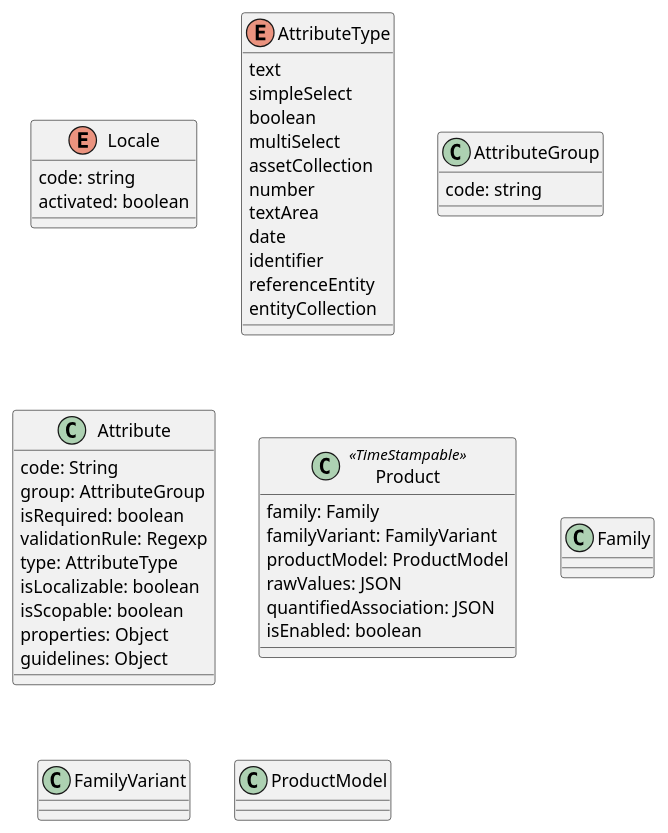
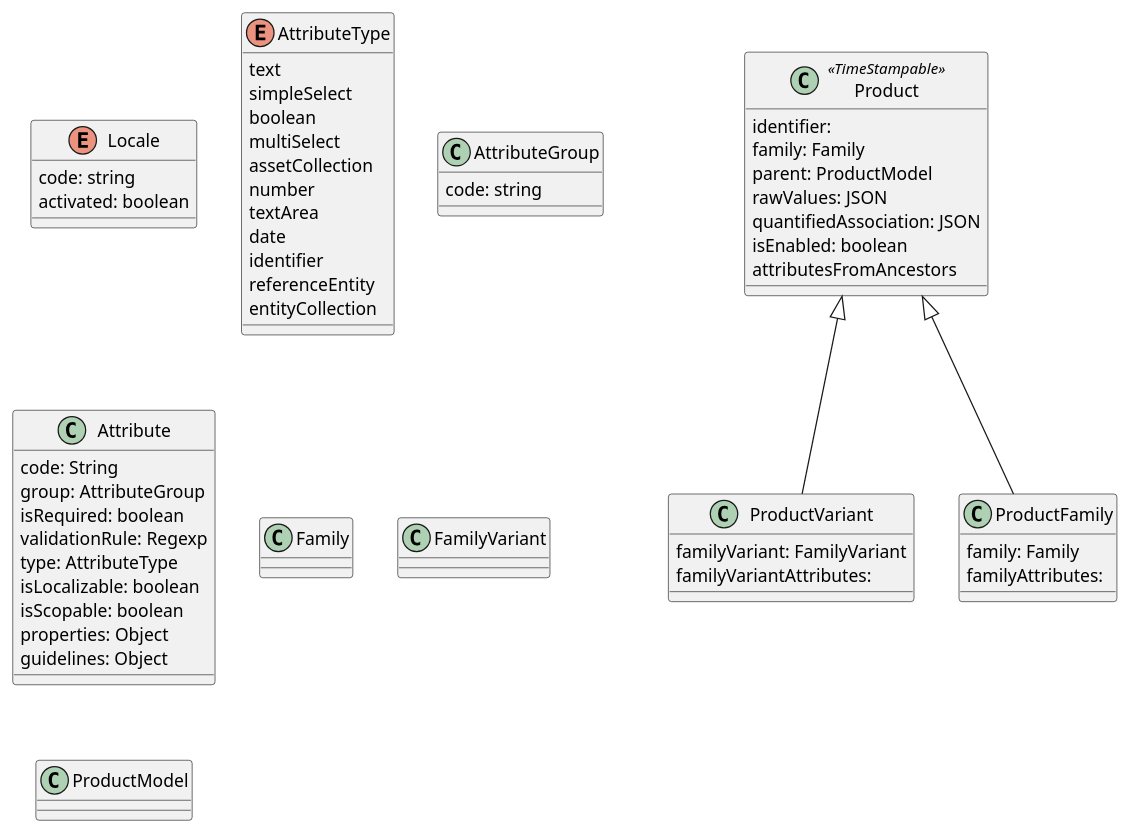
Before and after one commit to akeneo/pim-docs: the diagram in architecture/pim.puml, drawn with PlantUML.

Commit message:
represent product attributes

```diff
--- a/architecture/pim.puml
+++ b/architecture/pim.puml
@@ -1,79 +1,99 @@
 @startuml PIM core domain model
 '
 ' Stereotype: TimeStampable: created,  updated
 '
 
 enum Locale {
     code: string
     activated: boolean
 }
 enum AttributeType {
     text
     simpleSelect
     boolean
     multiSelect
     assetCollection
     number
     textArea
     date
     identifier
     referenceEntity
     entityCollection
 }
 
 'exemple digital_assets_images, product_size_dimensions, product_physical_characteristics
 class AttributeGroup {
     code: string
 }
 
 'Q: metric Family is used?
 'Q:  isScopable: type value per channel?
 'Q: what is backend Type, what is the use of entity_type ("Akeneo\Pim\Enrichment\Component\Product\Model\Product")
 'display attributes, specific values formats and value constraints not shown
 'Properties: a:4:{s:19:"reference_data_name";N;s:19:"auto_option_sorting";N;s:12:"is_read_only";N;s:13:"default_value";N;}
 'Guidelines:
 'sold_in_orgs: {"en_AU": "List of the Orgs this product can be sold in.\nIf the org is not added to this list, the product can not be sold to customers in that Org."}
 'part_number_list_competitor: {"en_AU": "Add competitor part numbers to this list, separate each with a comma."}
 
 Class Attribute {
     code: String
     group: AttributeGroup
     isRequired: boolean
     validationRule: Regexp
     type: AttributeType
     isLocalizable: boolean
     isScopable: boolean
     properties: Object
     guidelines: Object
 }
 
 'TODO "develop"  rawvalues that contains a product... 
 'QUESTION How can we infer rawValues structure? => inspect real life DB?
 'TODO "develop"  quantifiedAssociation that contains a product... 
 'QUESTION How can we infer quantifiedAssociation structure? => inspect real life DB?
+' 
 Class Product << TimeStampable >> {
+    identifier: 
     family: Family
-    familyVariant: FamilyVariant
-    productModel: ProductModel
+    parent: ProductModel
     rawValues: JSON
+    ' attribute codes are determined recusively on parent (product model)
     quantifiedAssociation: JSON
     isEnabled: boolean
+    attributesFromAncestors
+
 }
+
+Class ProductVariant
+{
+    familyVariant: FamilyVariant
+    familyVariantAttributes:
+}
+
+Product <|-- ProductVariant
+
+Class ProductFamily  {
+    family: Family
+    familyAttributes:
+}
+
+Product  <|-- ProductFamily
+
 
 Class Family {
 
 }
 
 Class FamilyVariant {
 
 }
 
 Class ProductModel {
 
 }
 
 
 
 
 
 @enduml
```
